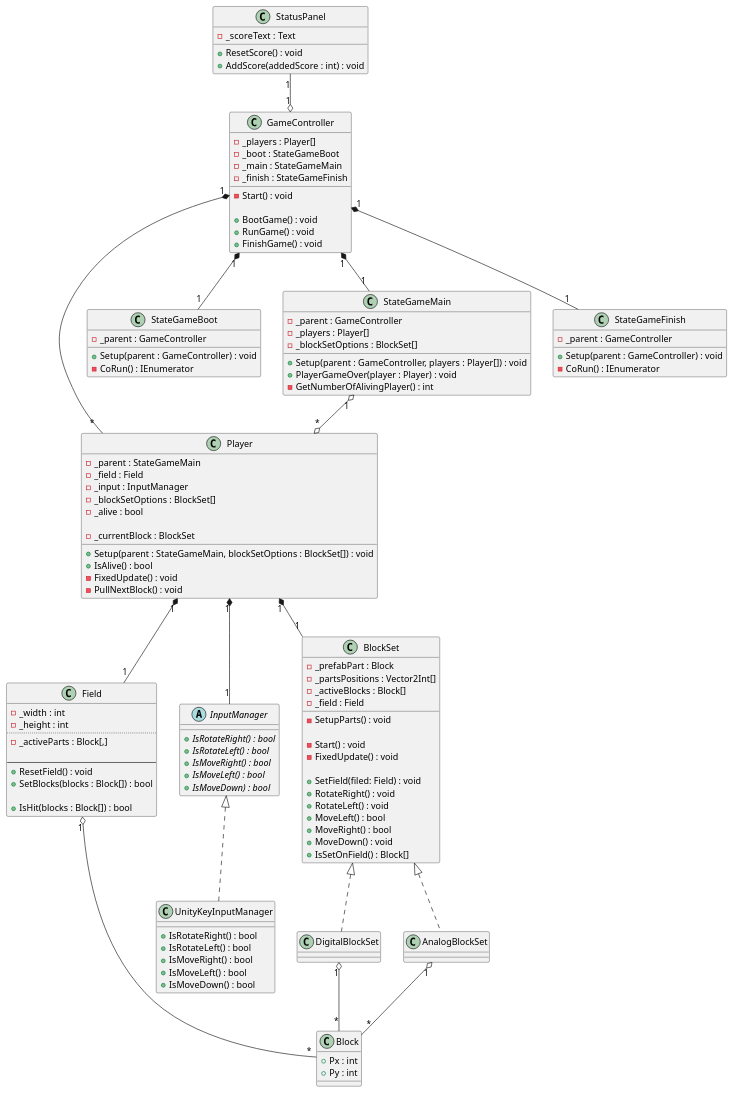
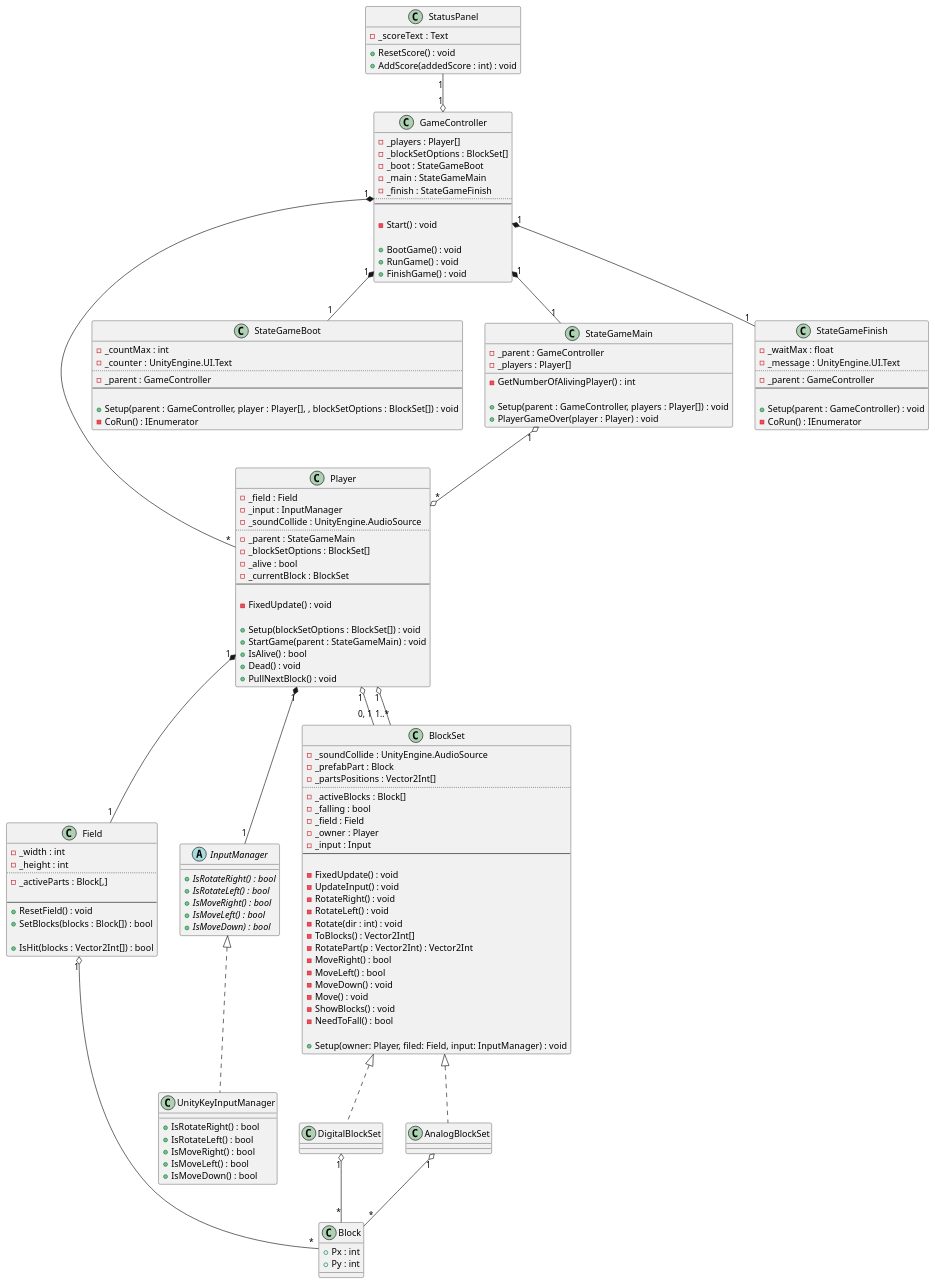
One commit to azarashin/UnityTetris changed the diagram in Documents/PlantUML/CD_Main.pu. Above: the diagram before and after it, drawn with PlantUML. The commit also changed 7 other files, not shown here.

Commit message:
設計図を更新・修正。

```diff
--- a/Documents/PlantUML/CD_Main.pu
+++ b/Documents/PlantUML/CD_Main.pu
@@ -1,157 +1,182 @@
 @startuml
 
 class Block
 {
     + Px : int
     + Py : int
 }
 
 ' フィールドの状態を管理する
 class Field
 {
     - _width : int
     - _height : int
     ..
     - _activeParts : Block[,]
 
     --
     + ResetField() : void
     ' @return ブロックが積みあがってしまったらtrue, そうでなければfalse を返す
     + SetBlocks(blocks : Block[]) : bool
 
-    + IsHit(blocks : Block[]) : bool
+    + IsHit(blocks : Vector2Int[]) : bool
 }
 
 ' ゲームの進行を管理する
 class GameController
 {
     - _players : Player[]
+    - _blockSetOptions : BlockSet[]
     - _boot : StateGameBoot
     - _main : StateGameMain
     - _finish : StateGameFinish
+    ..
+    --
 
     - Start() : void
 
     + BootGame() : void
     + RunGame() : void
     + FinishGame() : void
 }
 
 class Player
 {
-    - _parent : StateGameMain
     - _field : Field
     - _input : InputManager
+    - _soundCollide : UnityEngine.AudioSource
+    ..
+    - _parent : StateGameMain
     - _blockSetOptions : BlockSet[]
     - _alive : bool
+    - _currentBlock : BlockSet
+    --
 
-    - _currentBlock : BlockSet
+    - FixedUpdate() : void
 
-    + Setup(parent : StateGameMain, blockSetOptions : BlockSet[]) : void
+    + Setup(blockSetOptions : BlockSet[]) : void
+    + StartGame(parent : StateGameMain) : void
     + IsAlive() : bool
-    - FixedUpdate() : void
-    - PullNextBlock() : void
+    + Dead() : void
+    + PullNextBlock() : void
 }
 
 class StateGameBoot
 {
+    - _countMax : int
+    - _counter : UnityEngine.UI.Text
+    ..
     - _parent : GameController
+    --
 
-    + Setup(parent : GameController) : void
+    + Setup(parent : GameController, player : Player[], , blockSetOptions : BlockSet[]) : void
     - CoRun() : IEnumerator
 }
 
 class StateGameMain
 {
     - _parent : GameController
     - _players : Player[]
-    - _blockSetOptions : BlockSet[]
+
+    - GetNumberOfAlivingPlayer() : int
 
     + Setup(parent : GameController, players : Player[]) : void
     + PlayerGameOver(player : Player) : void
-    - GetNumberOfAlivingPlayer() : int
 }
 
 class StateGameFinish
 {
+    - _waitMax : float
+    - _message : UnityEngine.UI.Text
+    ..
     - _parent : GameController
+    --
 
     + Setup(parent : GameController) : void
     - CoRun() : IEnumerator
 }
 
 abstract class InputManager
 {
     + {abstract} IsRotateRight() : bool
     + {abstract} IsRotateLeft() : bool
     + {abstract} IsMoveRight() : bool
     + {abstract} IsMoveLeft() : bool
     + {abstract} IsMoveDown) : bool
 }
 
 class UnityKeyInputManager
 {
     + IsRotateRight() : bool
     + IsRotateLeft() : bool
     + IsMoveRight() : bool
     + IsMoveLeft() : bool
     + IsMoveDown() : bool
 }
 
 ' ブロックの状態を管理する
 class BlockSet
 {
+    - _soundCollide : UnityEngine.AudioSource
     - _prefabPart : Block
     - _partsPositions : Vector2Int[]
+    ..
     - _activeBlocks : Block[]
+    - _falling : bool
     - _field : Field
+    - _owner : Player
+    - _input : Input
+    --
 
-    - SetupParts() : void
+    - FixedUpdate() : void
+    - UpdateInput() : void
+    - RotateRight() : void
+    - RotateLeft() : void
+    - Rotate(dir : int) : void
+    - ToBlocks() : Vector2Int[]
+    - RotatePart(p : Vector2Int) : Vector2Int
+    ' @return 移動できる場合はtrue, 何かにぶつかって移動できない場合はfalse
+    - MoveRight() : bool
+    ' @return 移動できる場合はtrue, 何かにぶつかって移動できない場合はfalse
+    - MoveLeft() : bool
+    - MoveDown() : void
+    - Move() : void
+    - ShowBlocks() : void
+    - NeedToFall() : bool
 
-    - Start() : void
-    - FixedUpdate() : void
-
-    + SetField(filed: Field) : void
-    + RotateRight() : void
-    + RotateLeft() : void
-    ' @return 移動できる場合はtrue, 何かにぶつかって移動できない場合はfalse
-    + MoveLeft() : bool
-    ' @return 移動できる場合はtrue, 何かにぶつかって移動できない場合はfalse
-    + MoveRight() : bool
-    + MoveDown() : void
-    ' @return フィールドに設置された直後であれば設置されたブロックの配列を、設置されていなければnull を返す
-    + IsSetOnField() : Block[]
+    + Setup(owner: Player, filed: Field, input: InputManager) : void
 }
 
 
 class StatusPanel
 {
     - _scoreText : Text
  
     + ResetScore() : void
     + AddScore(addedScore : int) : void
 }
 
 Player "1" *-- "1" Field
-Player "1" *-- "1" BlockSet
+Player "1" o-- "0, 1" BlockSet
+Player "1" o-- "1..*" BlockSet
 Player "1" *-- "1" InputManager
 
 GameController "1" *-- "*" Player
 GameController "1" *-- "1" StateGameBoot
 GameController "1" *-- "1" StateGameMain
 GameController "1" *-- "1" StateGameFinish
 
 StateGameMain "1" o--o "*" Player
 
 StatusPanel "1" --o "1" GameController
 
 BlockSet <|.. DigitalBlockSet
 BlockSet <|.. AnalogBlockSet
 
 InputManager <|.. UnityKeyInputManager
 
 Field "1" o-- "*" Block
 DigitalBlockSet "1" o-- "*" Block
 AnalogBlockSet "1" o-- "*" Block
 
 @enduml
```
